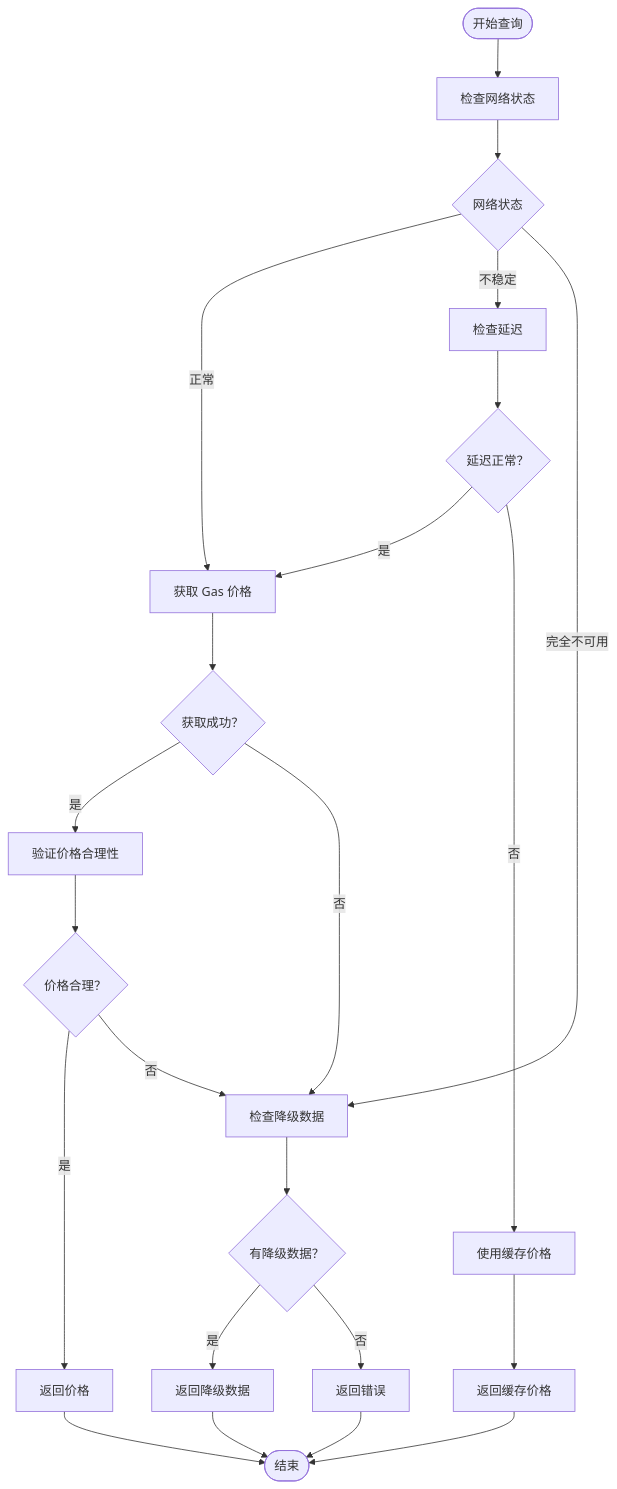
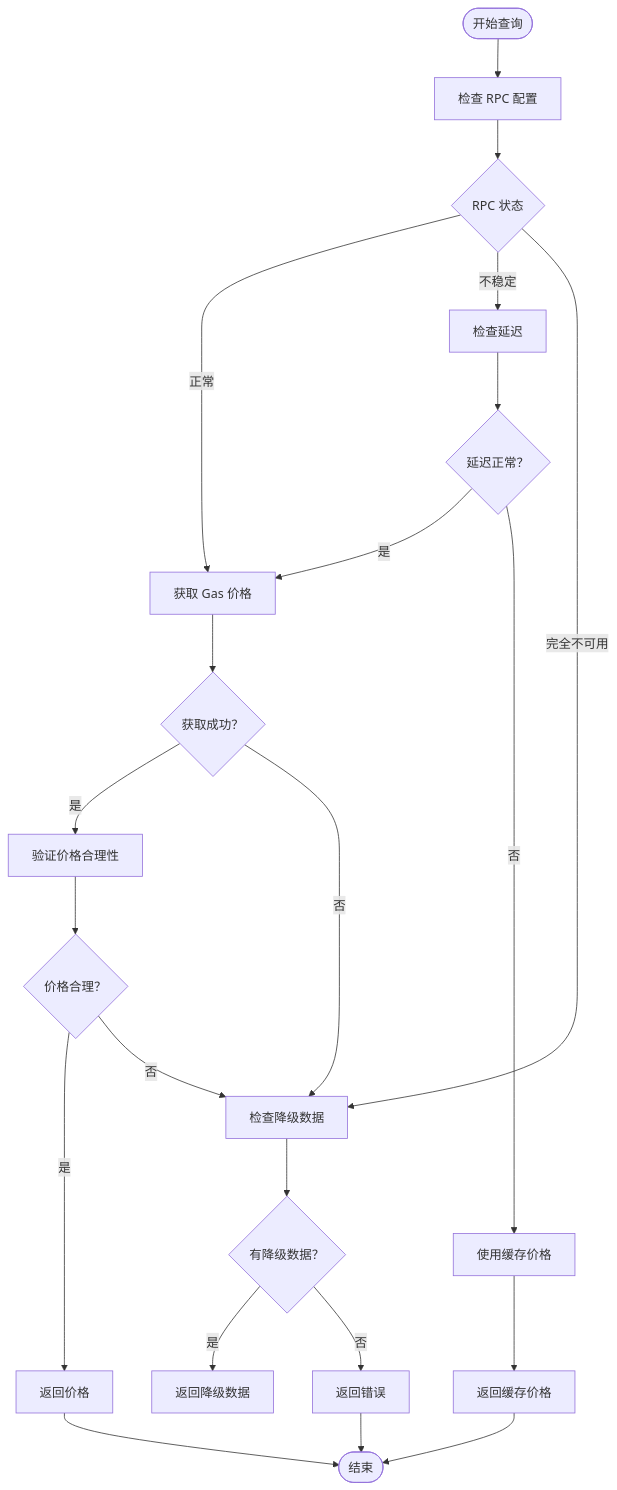
The fifth of 6 diagrams in .qoder/repowiki/zh/content/Web3工具集成/核心Web3工具实现/核心Web3工具实现.md (CryptoLinxu/Web3-AI-Agent), drawn with Mermaid before and after one commit. The commit also changed other lines of this file and 6 other files, not shown here.

````diff
--- a/.qoder/repowiki/zh/content/Web3工具集成/核心Web3工具实现/核心Web3工具实现.md
+++ b/.qoder/repowiki/zh/content/Web3工具集成/核心Web3工具实现/核心Web3工具实现.md
@@ -295,25 +276,24 @@
 ```mermaid
 flowchart TD
-Start([开始查询]) --> CheckNetwork["检查网络状态"]
-CheckNetwork --> NetworkStatus{"网络状态"}
-NetworkStatus --> |正常| GetGasPrice["获取 Gas 价格"]
-NetworkStatus --> |不稳定| CheckLatency["检查延迟"]
-NetworkStatus --> |完全不可用| CheckFallback["检查降级数据"]
+Start([开始查询]) --> CheckRPC["检查 RPC 配置"]
+CheckRPC --> RPCStatus{"RPC 状态"}
+RPCStatus --> |正常| GetGasPrice["获取 Gas 价格"]
+RPCStatus --> |不稳定| CheckLatency["检查延迟"]
+RPCStatus --> |完全不可用| CheckFallback["检查降级数据"]
 CheckLatency --> LatencyOK{"延迟正常？"}
 LatencyOK --> |是| GetGasPrice
 LatencyOK --> |否| UseCached["使用缓存价格"]
 GetGasPrice --> PriceSuccess{"获取成功？"}
 PriceSuccess --> |是| ValidatePrice["验证价格合理性"]
 PriceSuccess --> |否| CheckFallback
 ValidatePrice --> PriceValid{"价格合理？"}
 PriceValid --> |是| ReturnPrice["返回价格"]
 PriceValid --> |否| CheckFallback
 CheckFallback --> FallbackAvailable{"有降级数据？"}
 FallbackAvailable --> |是| ReturnFallback["返回降级数据"]
 FallbackAvailable --> |否| ReturnError["返回错误"]
 UseCached --> ReturnCached["返回缓存价格"]
 ReturnCached --> End([结束])
 ReturnPrice --> End
-ReturnFallback --> End
 ReturnError --> End
 ```
````
